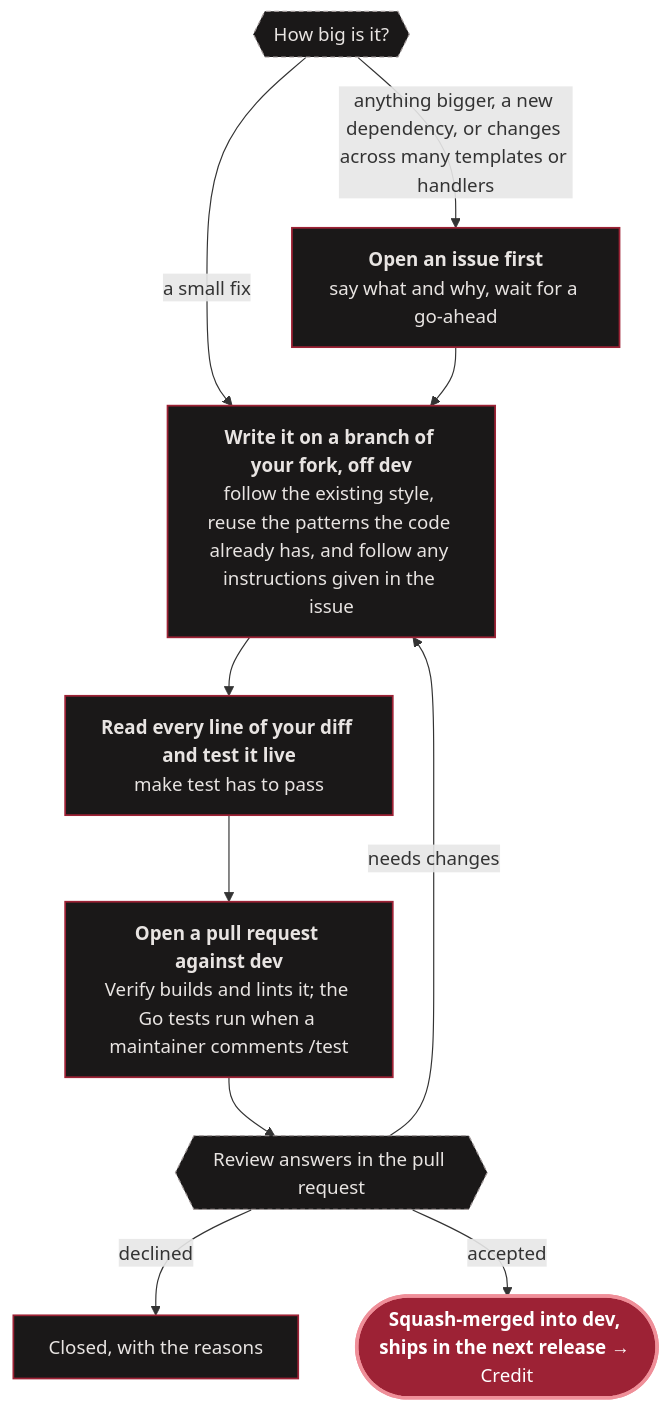
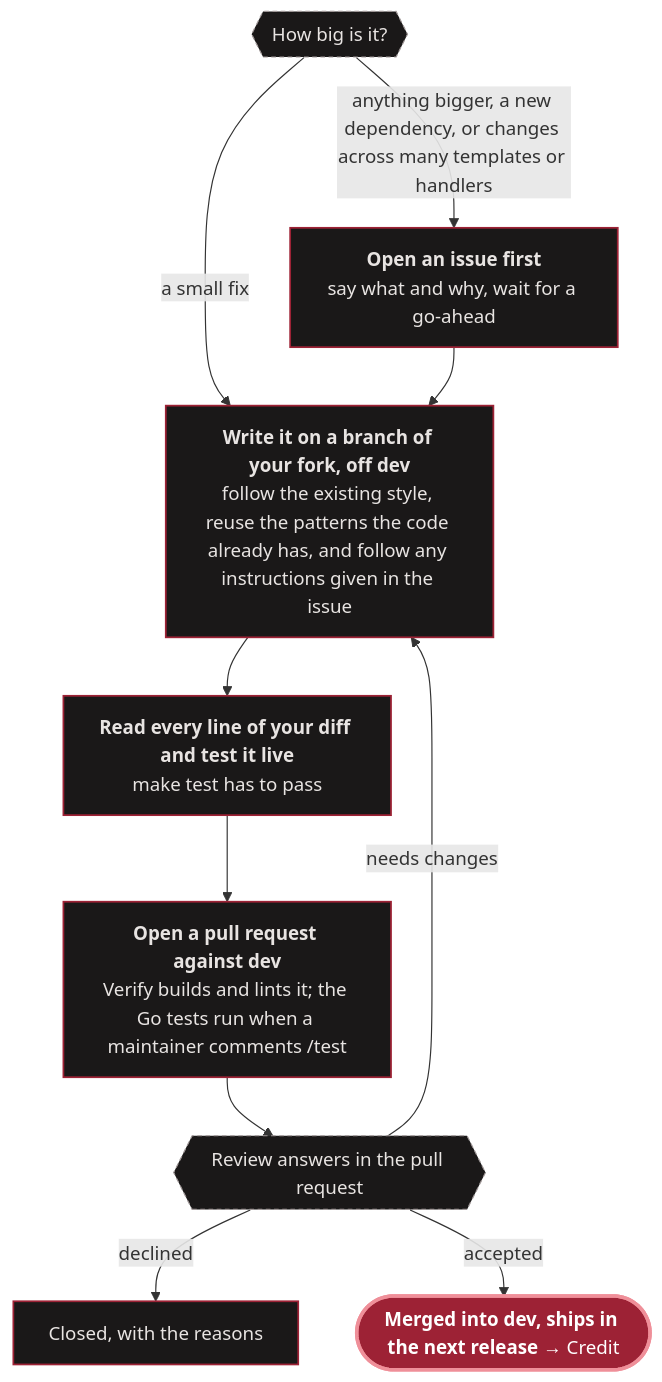
Before and after one commit to monbooru/monbooru: the fourth of 8 diagrams in CONTRIBUTING.md, drawn with Mermaid.

Commit message:
docs(contributing): any merge method

````diff
--- a/CONTRIBUTING.md
+++ b/CONTRIBUTING.md
@@ -128,33 +128,33 @@
 ```mermaid
 ---
 config:
   layout: dagre
   flowchart:
     wrappingWidth: 220
 ---
 flowchart TD
     size{{"How big is it?"}}
     size -->|"a small fix"| branch
     size -->|"anything bigger, a new dependency, or changes across many templates or handlers"| ask["`**Open an issue first**
     say what and why, wait for a go-ahead`"]
     ask --> branch["`**Write it on a branch of your fork, off dev**
     follow the existing style, reuse the patterns the code already has, and follow any instructions given in the issue`"]
     branch --> self["`**Read every line of your diff and test it live**
     make test has to pass`"]
     self --> pr["`**Open a pull request against dev**
     Verify builds and lints it; the Go tests run when a maintainer comments /test`"]
     pr --> review{{"Review answers in the pull request"}}
     review -->|"needs changes"| branch
     review -->|"declined"| declined["`Closed, with the reasons`"]
-    review -->|"accepted"| ship(["`**Squash-merged into dev, ships in the next release** → Credit`"])
+    review -->|"accepted"| ship(["`**Merged into dev, ships in the next release** → Credit`"])
 
     class ship hub;
     class ask,branch,self,pr,declined step;
     class size,review ask;
 
     classDef hub  fill:#9d2235,stroke:#ef8f99,stroke-width:3px,color:#ffffff;
     classDef case fill:#3a161c,stroke:#ef8f99,stroke-width:1.5px,color:#ffffff;
     classDef step fill:#1a1818,stroke:#9d2235,stroke-width:1.5px,color:#e8e4e2;
     classDef ask  fill:#1a1818,stroke:#a09898,stroke-width:1px,stroke-dasharray:4 3,color:#e8e4e2;
     classDef repo fill:#1a1818,stroke:#a09898,stroke-width:1px,color:#a09898;
 ```
````
